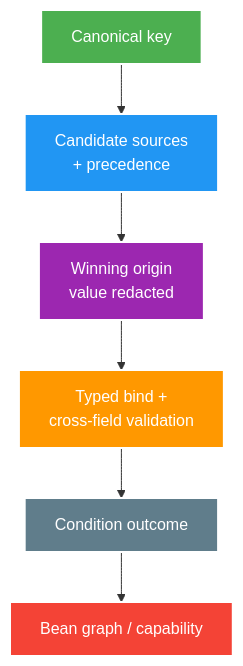
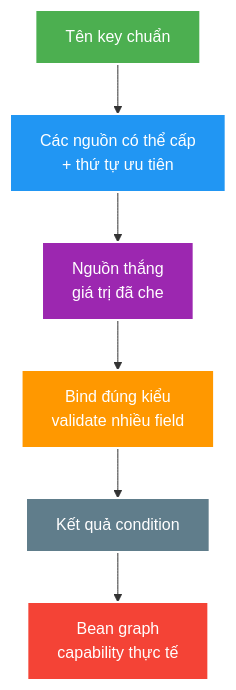
Before and after one commit to HungPhan200591/live-stream-backend: the diagram in docs/learning/topics/spring/theory/deep-dives/configuration-binding-autoconfiguration-and-secret-safety.md, drawn with Mermaid. The commit also changed other lines of this file and 177 other files, not shown here.

````diff
--- a/docs/learning/topics/spring/theory/deep-dives/configuration-binding-autoconfiguration-and-secret-safety.md
+++ b/docs/learning/topics/spring/theory/deep-dives/configuration-binding-autoconfiguration-and-secret-safety.md
@@ -18,14 +18,14 @@
 ```mermaid
 flowchart TB
-    K["Canonical key"] --> P["Candidate sources<br/>+ precedence"]
-    P --> W["Winning origin<br/>value redacted"]
-    W --> B["Typed bind +<br/>cross-field validation"]
-    B --> C["Condition outcome"]
-    C --> G["Bean graph / capability"]
+    K["Tên key chuẩn"] --> P["Các nguồn có thể cấp<br/>+ thứ tự ưu tiên"]
+    P --> W["Nguồn thắng<br/>giá trị đã che"]
+    W --> B["Bind đúng kiểu<br/>validate nhiều field"]
+    B --> C["Kết quả condition"]
+    C --> G["Bean graph<br/>capability thực tế"]
     style K fill:#4CAF50,stroke:#fff,stroke-width:2px,color:#fff
     style P fill:#2196F3,stroke:#fff,stroke-width:2px,color:#fff
     style W fill:#9C27B0,stroke:#fff,stroke-width:2px,color:#fff
     style B fill:#FF9800,stroke:#fff,stroke-width:2px,color:#fff
     style C fill:#607D8B,stroke:#fff,stroke-width:2px,color:#fff
     style G fill:#F44336,stroke:#fff,stroke-width:2px,color:#fff
 ```
````
